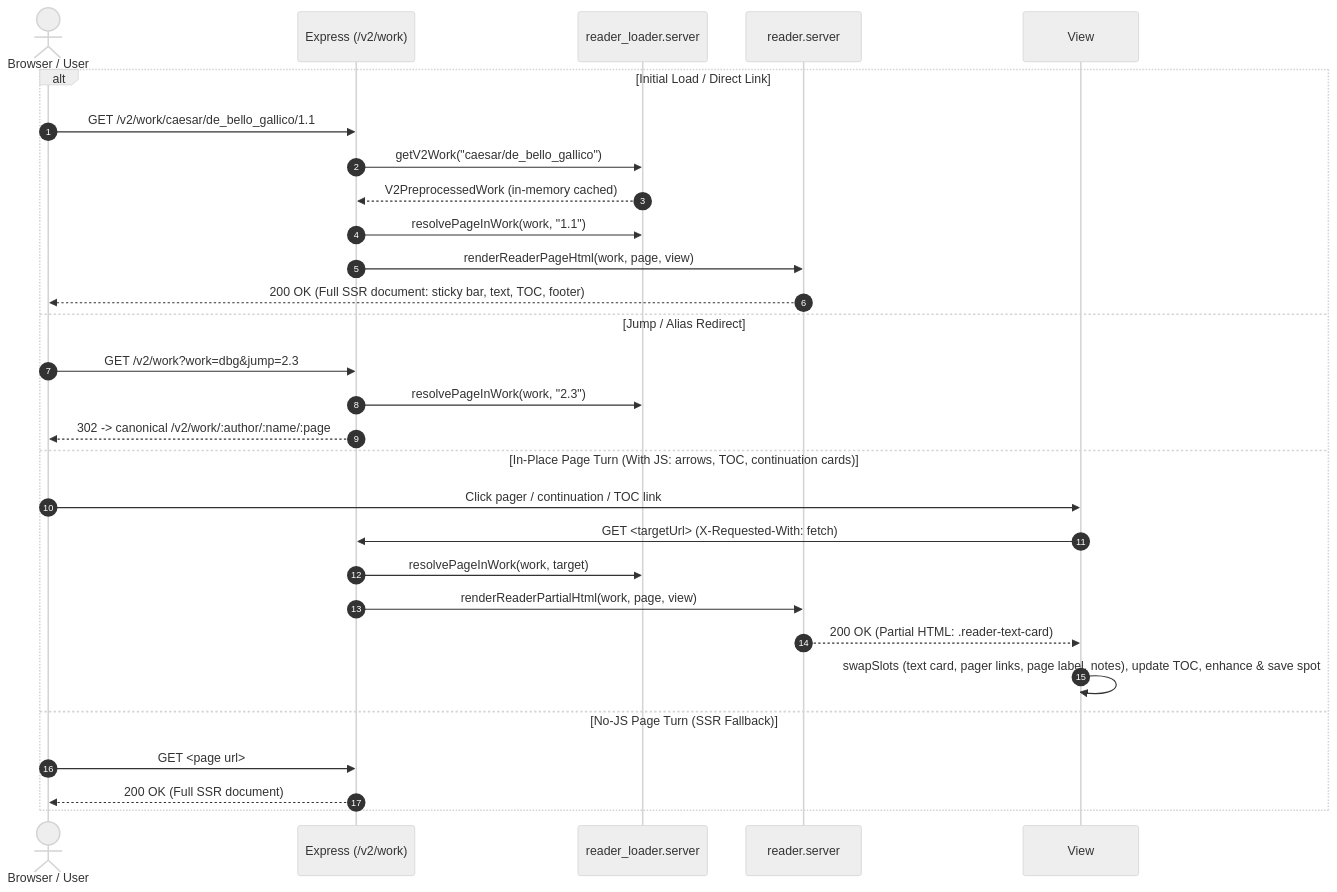
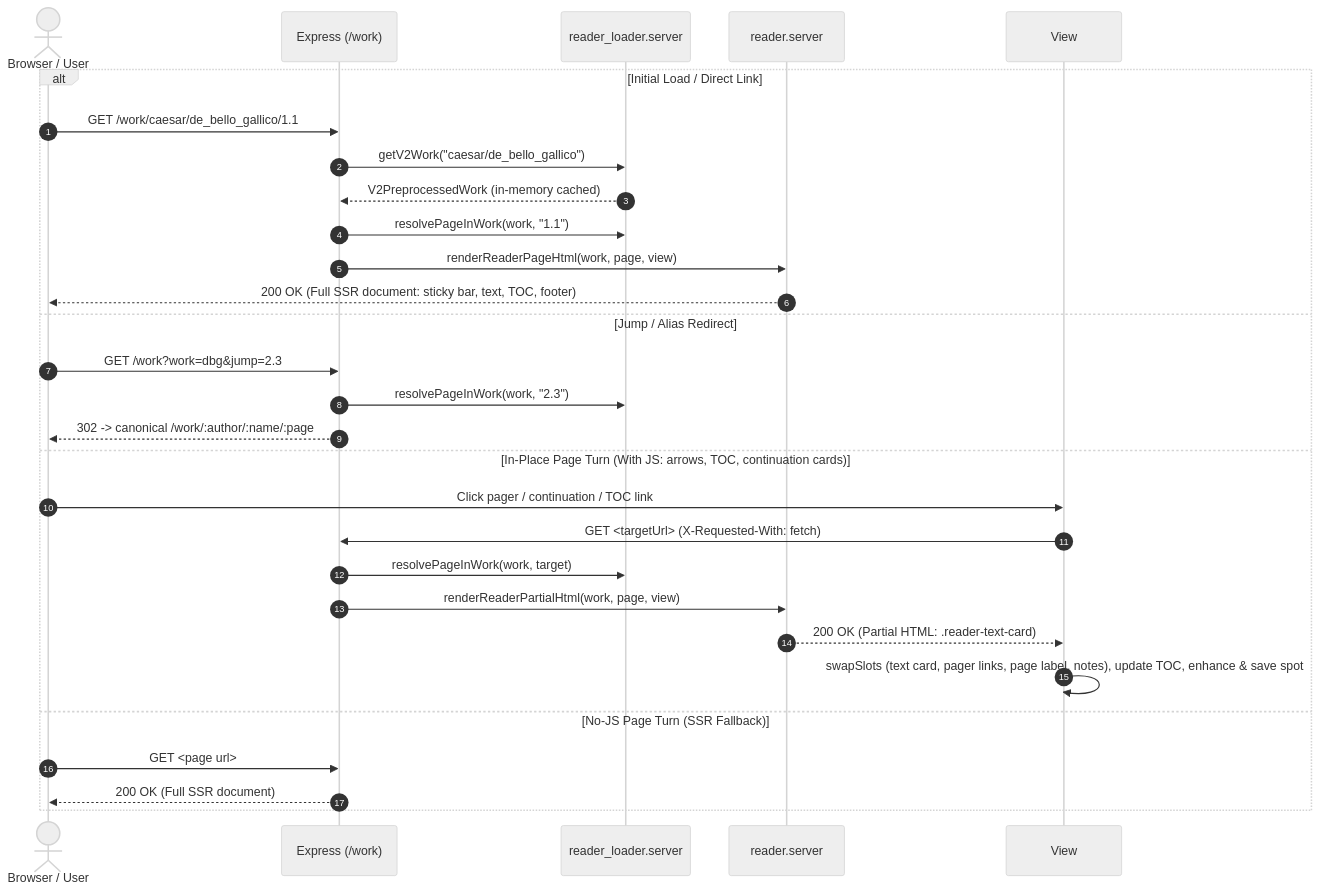
Before and after one commit to nkprasad12/morcus-net: the diagram in src/web/v2/reader/README.md, drawn with Mermaid (neutral theme). The commit also changed 103 other files, not shown here.

````diff
--- a/src/web/v2/reader/README.md
+++ b/src/web/v2/reader/README.md
@@ -43,31 +43,31 @@
 ```mermaid
 sequenceDiagram
     autonumber
     actor User as Browser / User
-    participant Router as Express (/v2/work)
+    participant Router as Express (/work)
     participant Loader as reader_loader.server
     participant Render as reader.server
 
     alt Initial Load / Direct Link
-        User->>Router: GET /v2/work/caesar/de_bello_gallico/1.1
+        User->>Router: GET /work/caesar/de_bello_gallico/1.1
         Router->>Loader: getV2Work("caesar/de_bello_gallico")
         Loader-->>Router: V2PreprocessedWork (in-memory cached)
         Router->>Loader: resolvePageInWork(work, "1.1")
         Router->>Render: renderReaderPageHtml(work, page, view)
         Render-->>User: 200 OK (Full SSR document: sticky bar, text, TOC, footer)
     else Jump / Alias Redirect
-        User->>Router: GET /v2/work?work=dbg&jump=2.3
+        User->>Router: GET /work?work=dbg&jump=2.3
         Router->>Loader: resolvePageInWork(work, "2.3")
-        Router-->>User: 302 -> canonical /v2/work/:author/:name/:page
+        Router-->>User: 302 -> canonical /work/:author/:name/:page
     else In-Place Page Turn (With JS: arrows, TOC, continuation cards)
         User->>View: Click pager / continuation / TOC link
         View->>Router: GET <targetUrl> (X-Requested-With: fetch)
         Router->>Loader: resolvePageInWork(work, target)
         Router->>Render: renderReaderPartialHtml(work, page, view)
         Render-->>View: 200 OK (Partial HTML: .reader-text-card)
         View->>View: swapSlots (text card, pager links, page label, notes), update TOC, enhance & save spot
     else No-JS Page Turn (SSR Fallback)
         User->>Router: GET <page url>
         Router-->>User: 200 OK (Full SSR document)
     end
 ```
````
